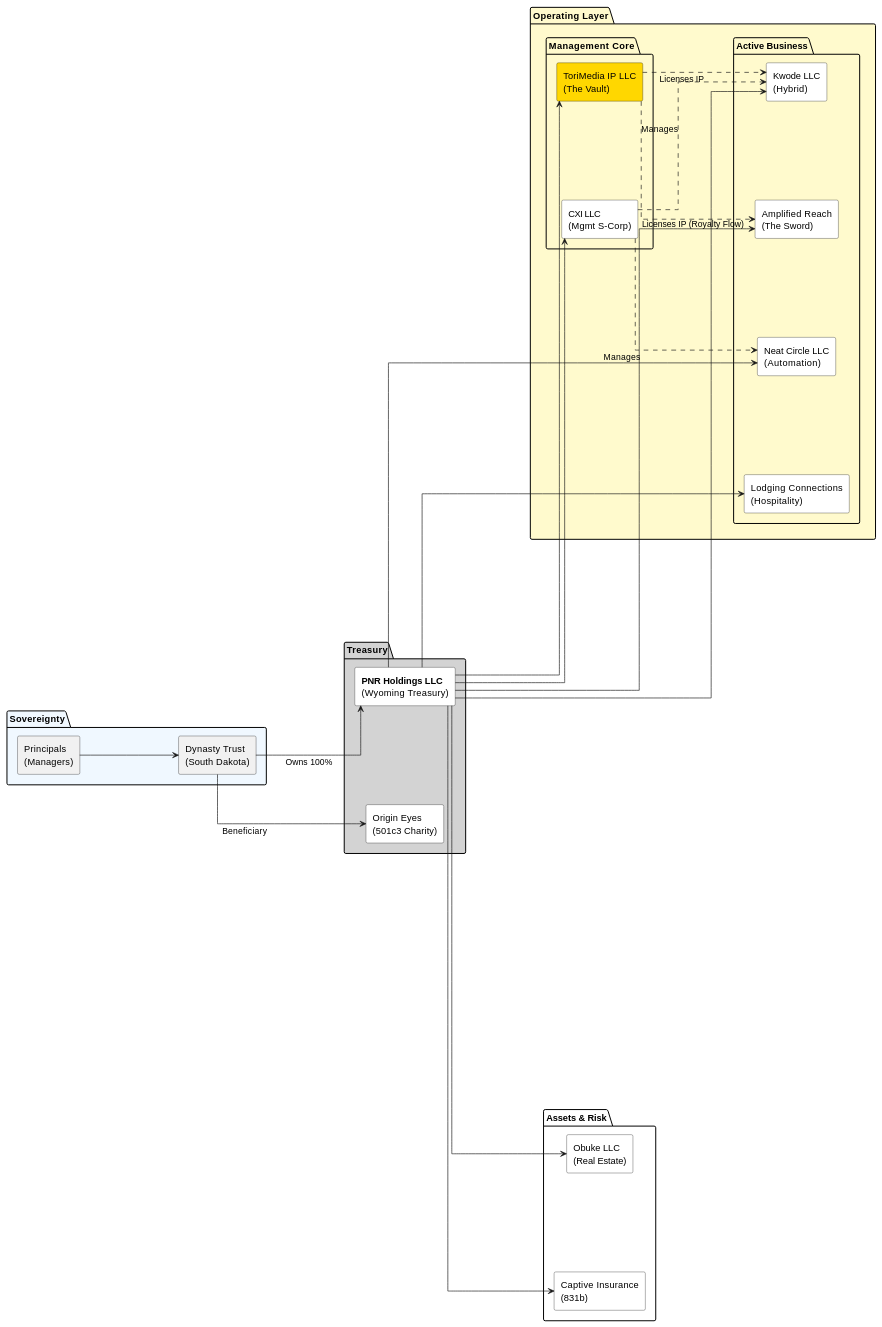
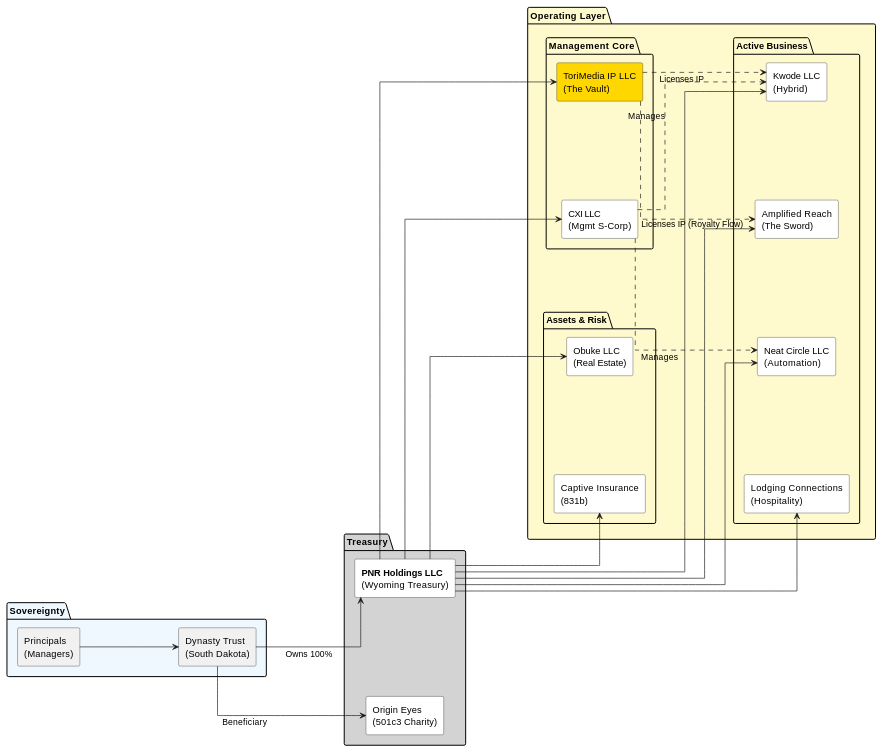
The third of 3 diagrams in manuscripts/Book_2_The_Engine_Manuscript.md (pinohu/DYNASTY), drawn with PlantUML before and after one commit. The commit also changed other lines of this file and 39 other files, not shown here.

````diff
--- a/manuscripts/Book_2_The_Engine_Manuscript.md
+++ b/manuscripts/Book_2_The_Engine_Manuscript.md
@@ -136,77 +136,73 @@
 ```plantuml
 @startuml
 skinparam linetype ortho
 skinparam nodesep 150
 skinparam ranksep 150
 skinparam componentStyle rectangle
 
 ' Left to Right flow
 left to right direction
 
 ' --- SOVEREIGNTY ---
 package "Sovereignty" as FORTRESS #AliceBlue {
     [Principals\n(Managers)] as PR
     [Dynasty Trust\n(South Dakota)] as DT
 }
 
 ' --- TREASURY ---
 package "Treasury" as BANK #LightGray {
     ' Fixed Visibility: White Box, Bold Text
     [**PNR Holdings LLC**\n(Wyoming Treasury)] as PNR #White
     
     [Origin Eyes\n(501c3 Charity)] as OE #White
 }
 
 ' --- OPERATIONS (Grouped to force vertical stacking) ---
 package "Operating Layer" as OPS #LemonChiffon {
     
     ' Group 1: Management & IP (Top)
     package "Management Core" {
         [CXI LLC\n(Mgmt S-Corp)] as CXI #White
         [ToriMedia IP LLC\n(The Vault)] as TORI_IP #Gold
     }
 
     ' Group 2: Active Biz (Middle)
     package "Active Business" {
         [Amplified Reach\n(The Sword)] as REACH_AGENCY #White
         [Lodging Connections\n(Hospitality)] as LODGE #White
         [Neat Circle LLC\n(Automation)] as NEAT #White
         [Kwode LLC\n(Hybrid)] as KW #White
     }
     
     ' Group 3: Assets & Risk (Bottom)
-        [Kwode LLC\n(Hybrid)] as KW #White
-    }
-    
-    ' Group 3: Assets & Risk (Bottom)
     package "Assets & Risk" {
         [Obuke LLC\n(Real Estate)] as OBU #White
         [Captive Insurance\n(831b)] as CAP #White
     }
 }
 
 ' --- CONNECTIONS ---
 
 ' Sovereignty -> Treasury
 PR --> DT
 DT --> PNR : Owns 100%
 DT --> OE : Beneficiary
 
 ' PNR -> Operations (Fan Out)
 PNR --> CXI
 PNR --> TORI_IP
 PNR --> REACH_AGENCY
 PNR --> LODGE
 PNR --> NEAT
 PNR --> KW
 PNR --> OBU
 PNR --> CAP
 
 ' Internal Ops Links (Dotted)
 CXI ..> NEAT : Manages
 CXI ..> KW : Manages
 TORI_IP ..> REACH_AGENCY : Licenses IP (Royalty Flow)
 TORI_IP ..> KW : Licenses IP
 
 @enduml
 ```
````
